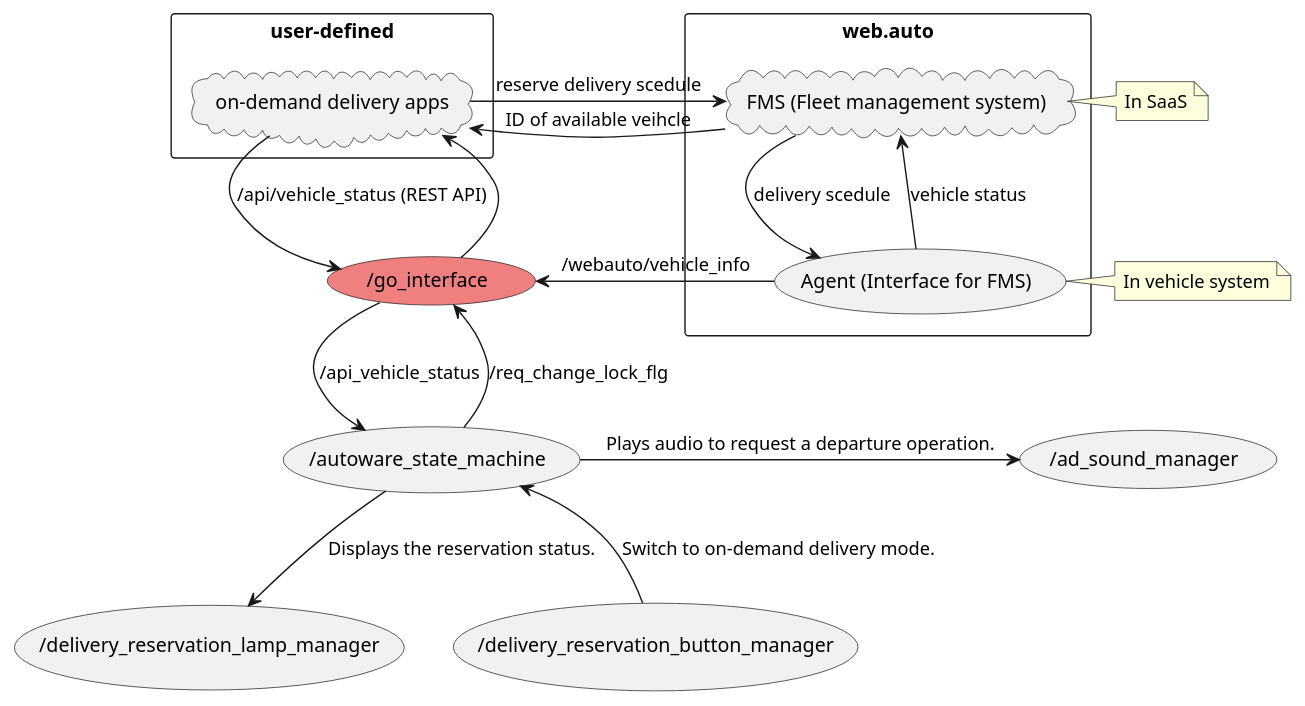
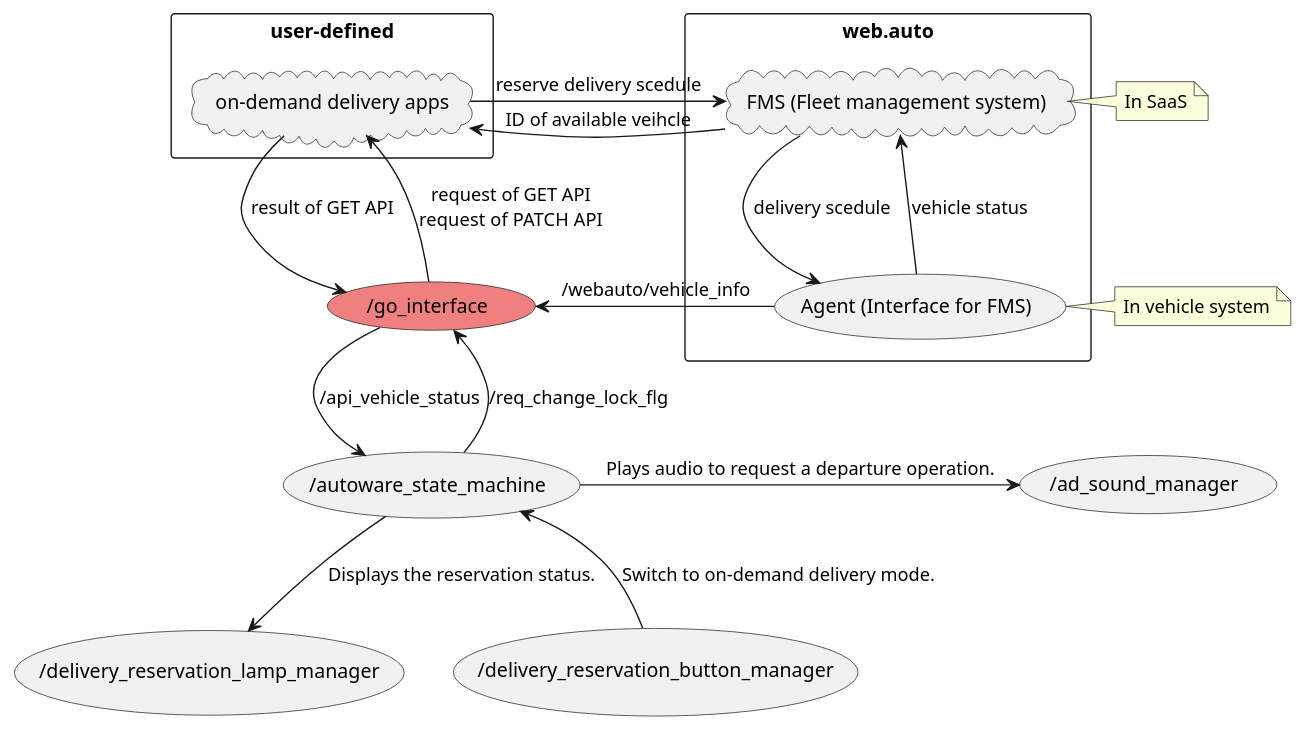
One commit to masahiro-kubota/go_interface changed the diagram in docs/node_graph.pu. Above: the diagram before and after it, drawn with PlantUML.

Commit message:
fix(node_graph): clarify the position of get-api and patch-api as data flow

```diff
--- a/docs/node_graph.pu
+++ b/docs/node_graph.pu
@@ -1,30 +1,30 @@
 @startuml
 rectangle "web.auto" {
   cloud "FMS (Fleet management system)" as FMS
   usecase "Agent (Interface for FMS)" as Agent
 }
 rectangle "user-defined" {
   cloud "on-demand delivery apps" as DeliveryApp
 }
 usecase "/go_interface" #LightCoral
 usecase "/autoware_state_machine"
 usecase "/ad_sound_manager"
 usecase "/delivery_reservation_lamp_manager"
 usecase "/delivery_reservation_button_manager"
 
 (DeliveryApp) -> (FMS) : reserve delivery scedule
 (DeliveryApp) <- (FMS) : ID of available veihcle
 (FMS) --> (Agent) : delivery scedule
 (FMS) <-- (Agent) : vehicle status
 (/go_interface) <- (Agent): /webauto/vehicle_info
-(DeliveryApp) -->  (/go_interface) : /api/vehicle_status (REST API)
-(/go_interface) --> (DeliveryApp)
+(DeliveryApp) -->  (/go_interface) : result of GET API
+(/go_interface) --> (DeliveryApp) : request of GET API\nrequest of PATCH API
 (/go_interface) --> (/autoware_state_machine) : /api_vehicle_status
 (/autoware_state_machine) --> (/go_interface) : /req_change_lock_flg
 (/autoware_state_machine) -> (/ad_sound_manager) : Plays audio to request a departure operation.
 (/autoware_state_machine) --> (/delivery_reservation_lamp_manager) : Displays the reservation status.
 (/autoware_state_machine) <-- (/delivery_reservation_button_manager) : Switch to on-demand delivery mode.
 
 note right of FMS : In SaaS
 note right of Agent : In vehicle system
 @enduml
```
